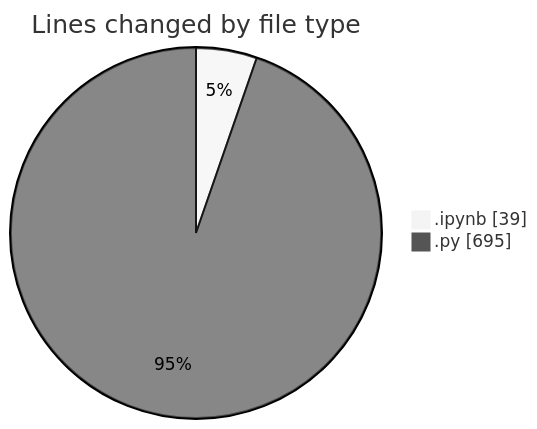
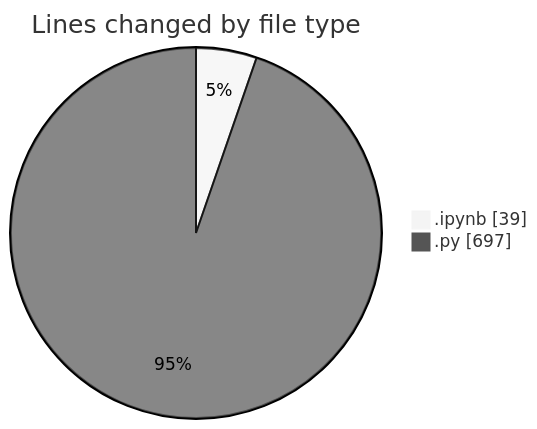
One commit to MatusMokan/code-tracking changed the first of 2 diagrams in 2025-03-15/myws__workspace_/README.md. Above: the diagram before and after it, drawn with Mermaid (neutral theme). The commit also changed other lines of this file and 1 other file, not shown here.

````diff
--- a/2025-03-15/myws__workspace_/README.md
+++ b/2025-03-15/myws__workspace_/README.md
@@ -21,6 +21,6 @@
 ```mermaid
 pie showData
 title Lines changed by file type
 ".ipynb" : 39
-".py" : 695
+".py" : 697
 ```
````
